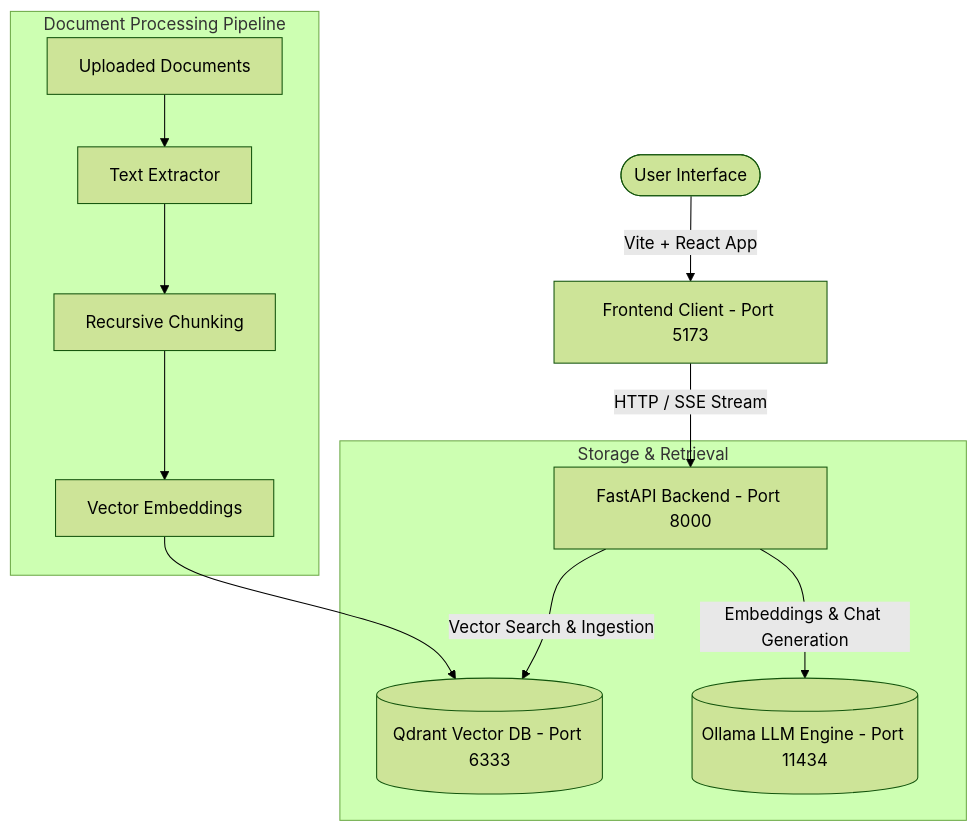
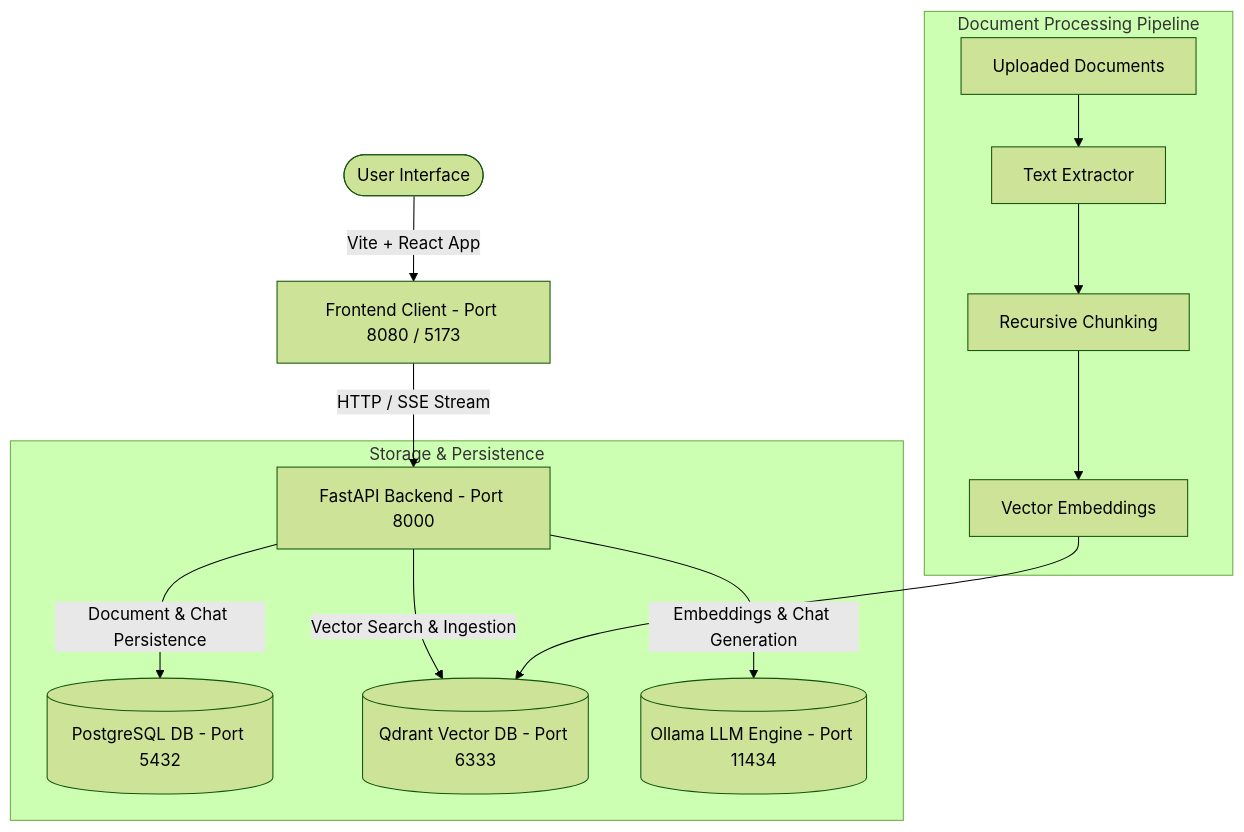
The diagram in README.md (Eklavya-San/document_rag), drawn with Mermaid (forest theme) before and after one commit. The commit also changed other lines of this file, not shown here.

Commit message:
docs: reconcile README ports, Postgres, Ollama, and accepted upload types with code

````diff
--- a/README.md
+++ b/README.md
@@ -30,17 +31,18 @@
 ```mermaid
 graph TD
-    User([User Interface]) -->|Vite + React App| Web[Frontend Client - Port 5173]
+    User([User Interface]) -->|Vite + React App| Web[Frontend Client - Port 8080 / 5173]
     Web -->|HTTP / SSE Stream| API[FastAPI Backend - Port 8000]
     
-    subgraph Storage & Retrieval
+    subgraph Storage & Persistence
+        API -->|Document & Chat Persistence| Postgres[(PostgreSQL DB - Port 5432)]
         API -->|Vector Search & Ingestion| Qdrant[(Qdrant Vector DB - Port 6333)]
         API -->|Embeddings & Chat Generation| Ollama[(Ollama LLM Engine - Port 11434)]
     end
 
     subgraph Document Processing Pipeline
         Docs[Uploaded Documents] --> Parsing[Text Extractor]
         Parsing --> Chunking[Recursive Chunking]
         Chunking --> Embeddings[Vector Embeddings]
         Embeddings --> Qdrant
     end
 ```
````
